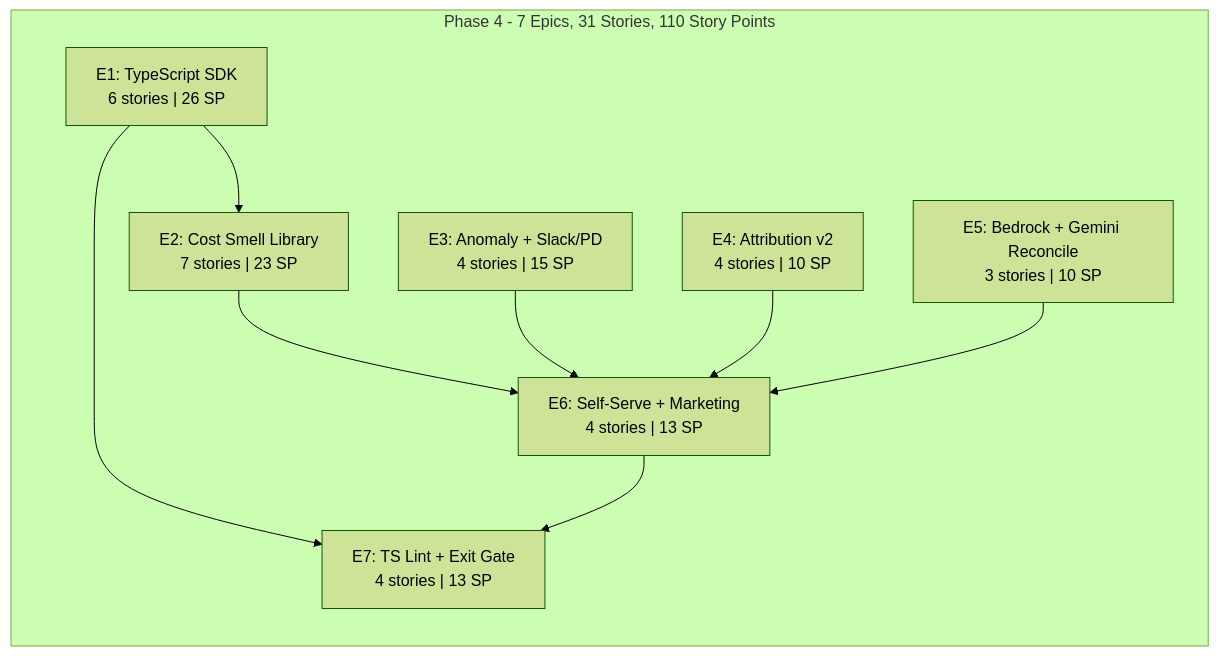
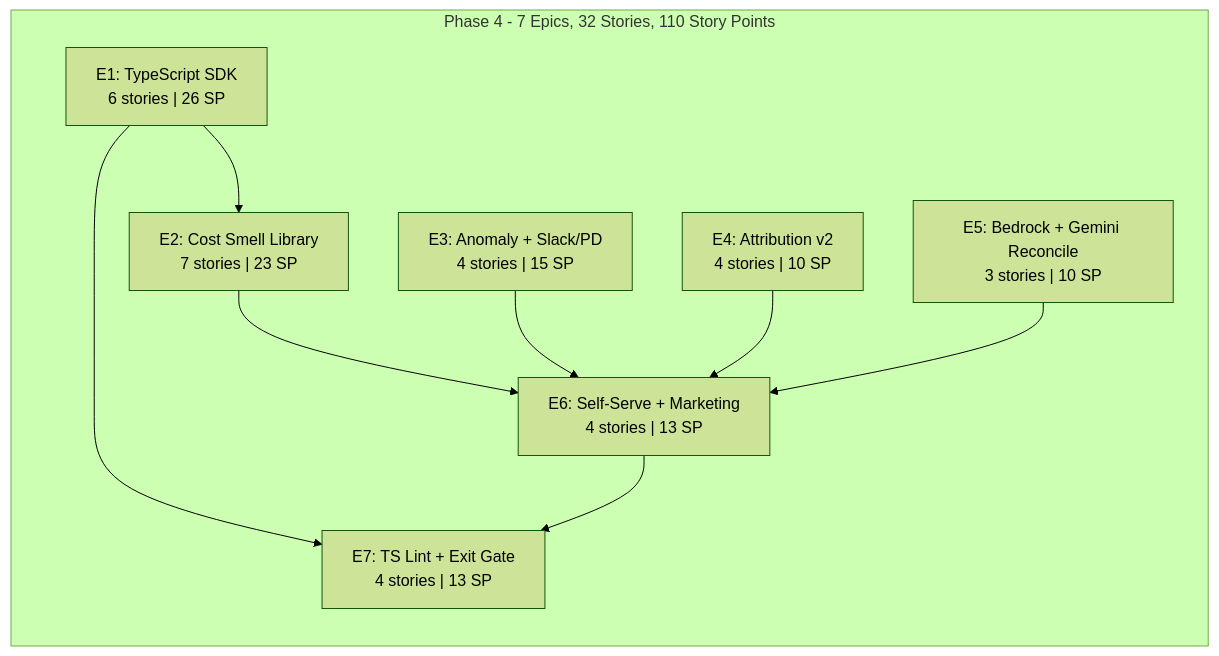
Before and after one commit to inkfoot/InkFoot: the third of 3 diagrams in docs/planned/phase4/inkfoot_phase4_development_epics.md, drawn with Mermaid (forest theme). The commit also changed other lines of this file and 7 other files, not shown here.

````diff
--- a/docs/planned/phase4/inkfoot_phase4_development_epics.md
+++ b/docs/planned/phase4/inkfoot_phase4_development_epics.md
@@ -793,20 +816,20 @@
 ```mermaid
 graph TB
-    subgraph SUMMARY["Phase 4 - 7 Epics, 31 Stories, 110 Story Points"]
+    subgraph SUMMARY["Phase 4 - 7 Epics, 32 Stories, 110 Story Points"]
         direction TB
         E1S["E1: TypeScript SDK<br/>6 stories | 26 SP"]
         E2S["E2: Cost Smell Library<br/>7 stories | 23 SP"]
         E3S["E3: Anomaly + Slack/PD<br/>4 stories | 15 SP"]
         E4S["E4: Attribution v2<br/>4 stories | 10 SP"]
         E5S["E5: Bedrock + Gemini Reconcile<br/>3 stories | 10 SP"]
         E6S["E6: Self-Serve + Marketing<br/>4 stories | 13 SP"]
         E7S["E7: TS Lint + Exit Gate<br/>4 stories | 13 SP"]
     end
     E1S --> E2S
     E1S --> E7S
     E2S --> E6S
     E3S --> E6S
     E4S --> E6S
     E5S --> E6S
     E6S --> E7S
 ```
````
